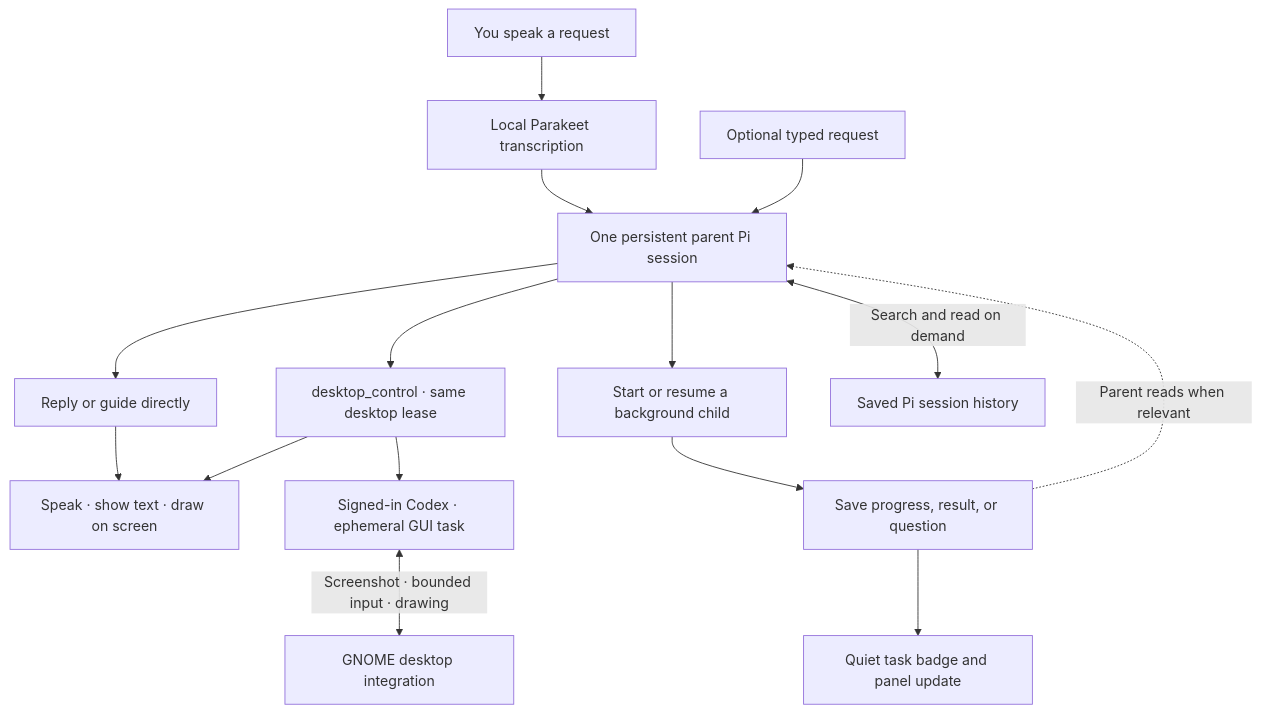
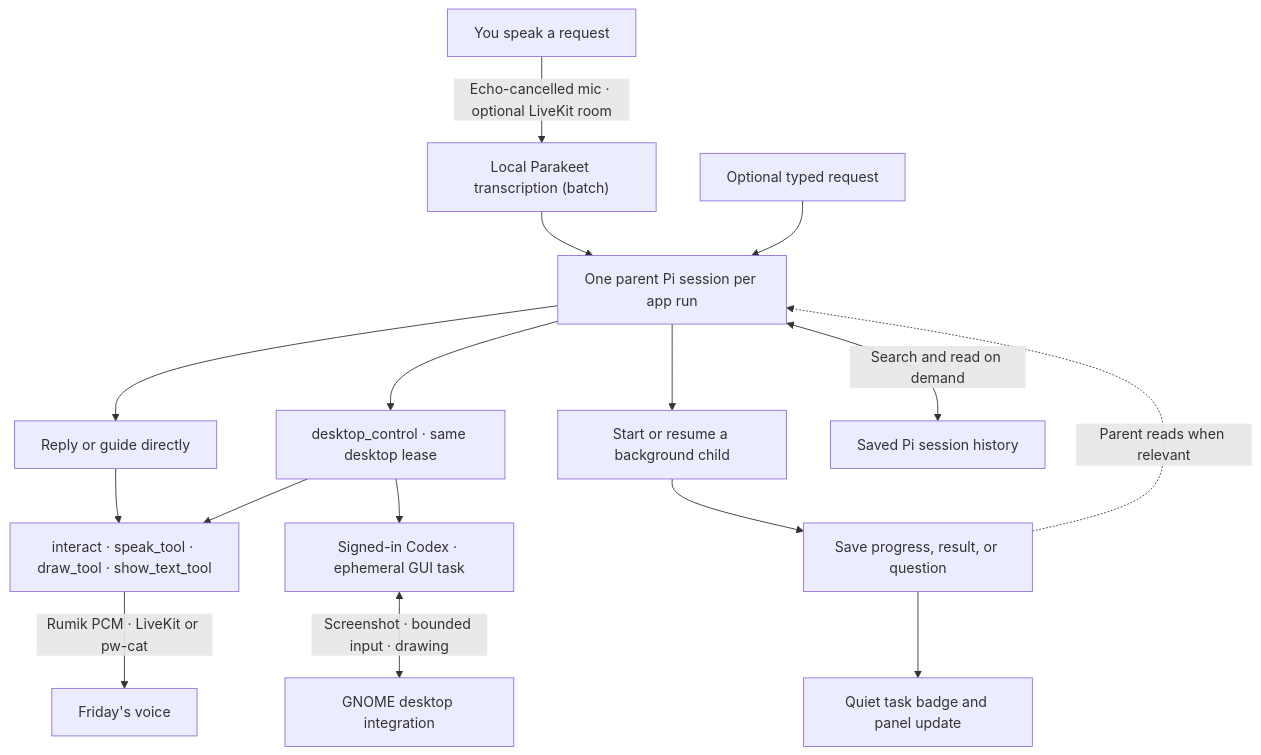
One commit to MayankBansal12/friday changed the diagram in docs/request-flow.md. Above: the diagram before and after it, drawn with Mermaid. The commit also changed other lines of this file and 65 other files, not shown here.

First line of the commit message:
Improve Friday realtime replies, voice reliability, and conversation UI (#4)

````diff
--- a/docs/request-flow.md
+++ b/docs/request-flow.md
@@ -5,17 +5,18 @@
 ```mermaid
 flowchart TD
-    userRequest["You speak a request"] --> localStt["Local Parakeet transcription"]
-    localStt --> parentSession["One persistent parent Pi session"]
+    userRequest["You speak a request"] -->|"Echo-cancelled mic · optional LiveKit room"| localStt["Local Parakeet transcription (batch)"]
+    localStt --> parentSession["One parent Pi session per app run"]
     typedRequest["Optional typed request"] --> parentSession
     parentSession --> directReply["Reply or guide directly"]
-    directReply --> presentation["Speak · show text · draw on screen"]
+    directReply --> presentation["interact · speak_tool · draw_tool · show_text_tool"]
+    presentation -->|"Rumik PCM · LiveKit or pw-cat"| voiceOut["Friday's voice"]
     parentSession --> control["desktop_control · same desktop lease"]
     control --> codex["Signed-in Codex · ephemeral GUI task"]
     codex <-->|"Screenshot · bounded input · drawing"| native["GNOME desktop integration"]
     control --> presentation
     parentSession --> backgroundChild["Start or resume a background child"]
     backgroundChild --> savedResult["Save progress, result, or question"]
     savedResult --> taskBadge["Quiet task badge and panel update"]
     savedResult -. "Parent reads when relevant" .-> parentSession
     parentSession <-->|"Search and read on demand"| historyStore["Saved Pi session history"]
 ```
````
